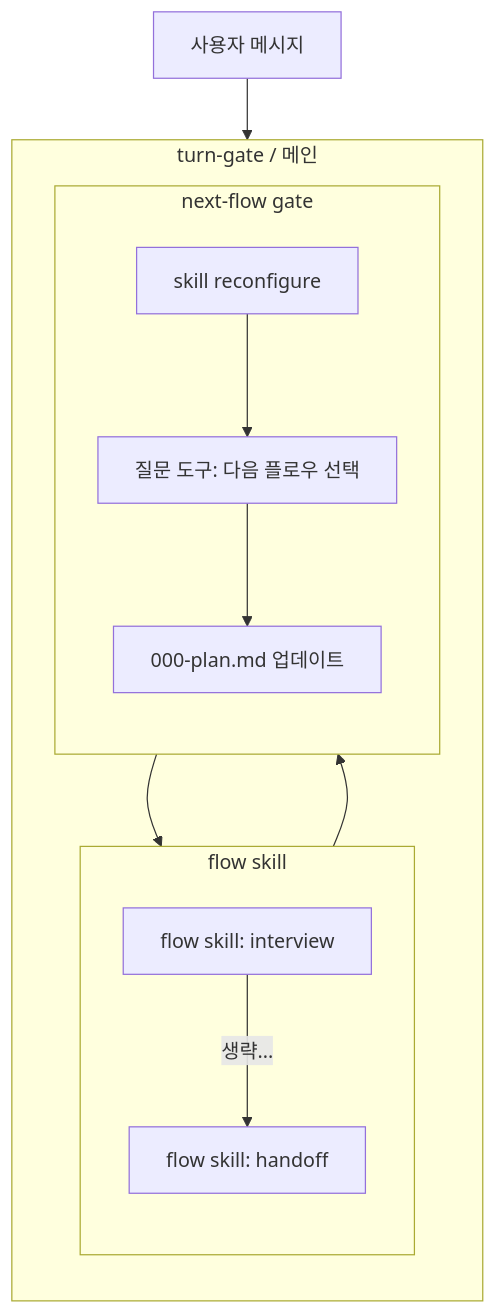
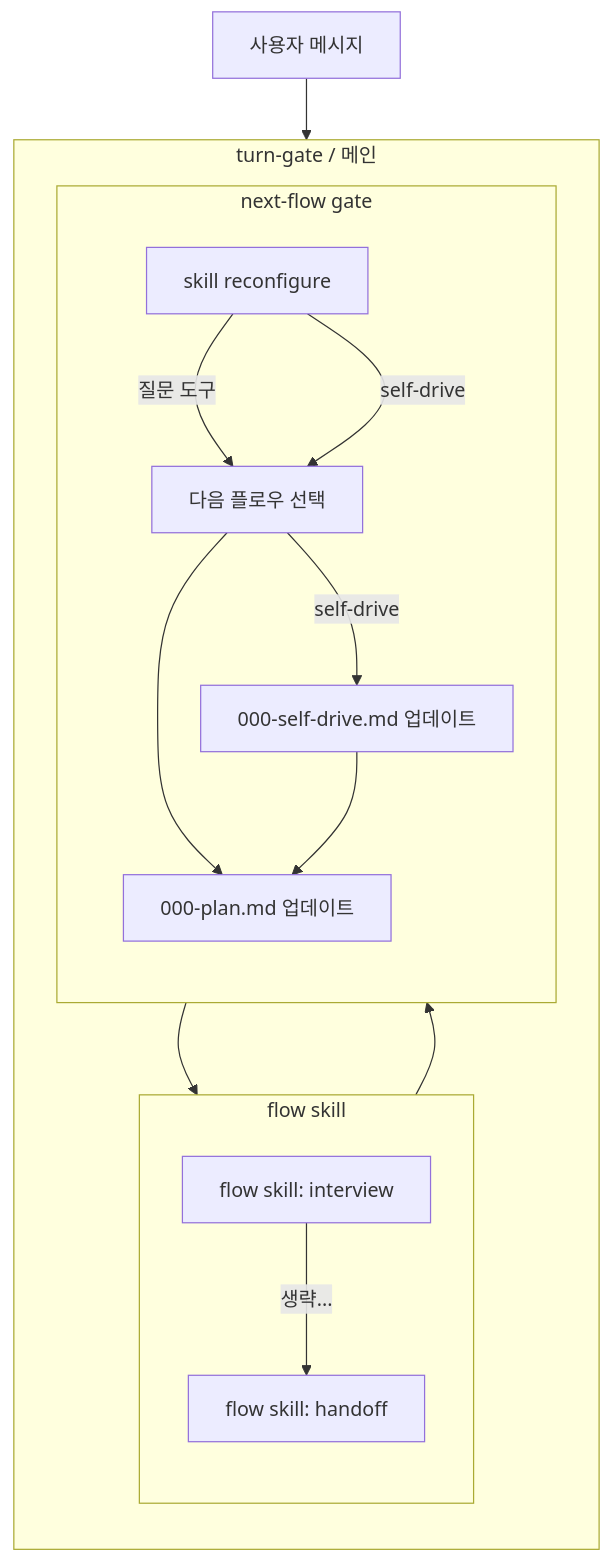
One commit to opnay/agent-plugins changed the first of 3 diagrams in src/loop-kit-dev/specs/skills/turn-gate/intent.md. Above: the diagram before and after it, drawn with Mermaid. The commit also changed other lines of this file and 8 other files, not shown here.

First line of the commit message:
docs: align turn-gate next-flow gate specs

````diff
--- a/src/loop-kit-dev/specs/skills/turn-gate/intent.md
+++ b/src/loop-kit-dev/specs/skills/turn-gate/intent.md
@@ -5,27 +5,31 @@
 ```mermaid
 graph TD
   START[사용자 메시지] --> FLOWGROUP
 
   subgraph TG[turn-gate / 메인]
     direction TB
     subgraph FLOWGROUP[flow skill]
       direction TB
       FLOW[flow skill: interview]
       HANDOFF[flow skill: handoff]
 
       FLOW -->|생략...| HANDOFF
     end
     subgraph QR[next-flow gate]
       direction TB
       SKILLRECONFIG[skill reconfigure]
-      ASK[질문 도구: 다음 플로우 선택]
+      NEXTFLOW[다음 플로우 선택]
+      SELFDRIVE[000-self-drive.md 업데이트]
       PLAN[000-plan.md 업데이트]
 
-      SKILLRECONFIG --> ASK
-      ASK --> PLAN
+      SKILLRECONFIG -->|질문 도구| NEXTFLOW
+      SKILLRECONFIG -->|self-drive| NEXTFLOW
+      NEXTFLOW --> PLAN
+      NEXTFLOW -->|self-drive| SELFDRIVE
+      SELFDRIVE --> PLAN
     end
 
     HANDOFF --> SKILLRECONFIG
     PLAN --> FLOW
   end
 ```
````
